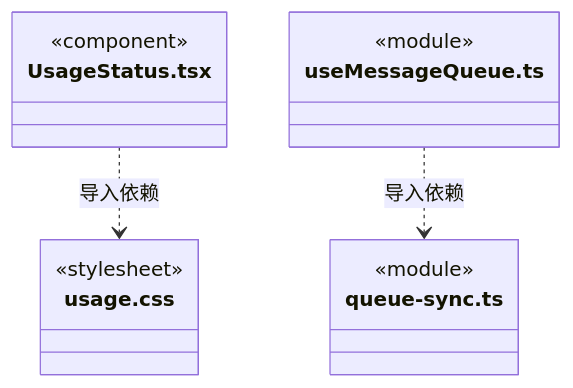
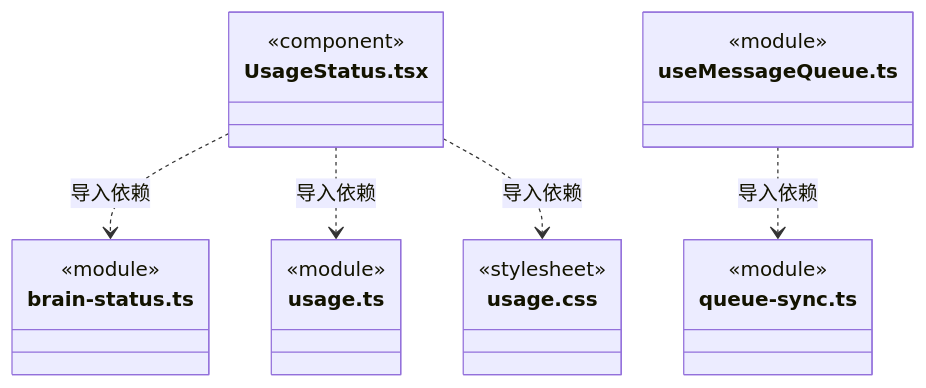
Diagram 51 of 53 in src/view/conversation/ARCHITECTURE.md (nan023062/cbim), drawn with Mermaid before and after one commit. The commit also changed other lines of this file and 37 other files, not shown here.

````diff
--- a/src/view/conversation/ARCHITECTURE.md
+++ b/src/view/conversation/ARCHITECTURE.md
@@ -796,17 +828,25 @@
 ```mermaid
 classDiagram
 class N_src_view_conversation_UsageStatus_tsx["UsageStatus.tsx"] {
   <<component>>
+}
+class N_src_view_conversation_brain_status_ts["brain-status.ts"] {
+  <<module>>
+}
+class N_src_view_conversation_usage_ts["usage.ts"] {
+  <<module>>
 }
 class N_src_view_conversation_usage_css["usage.css"] {
   <<stylesheet>>
 }
 class N_src_view_conversation_useMessageQueue_ts["useMessageQueue.ts"] {
   <<module>>
 }
 class N_src_view_conversation_queue_sync_ts["queue-sync.ts"] {
   <<module>>
 }
+N_src_view_conversation_UsageStatus_tsx ..> N_src_view_conversation_brain_status_ts : 导入依赖
+N_src_view_conversation_UsageStatus_tsx ..> N_src_view_conversation_usage_ts : 导入依赖
 N_src_view_conversation_UsageStatus_tsx ..> N_src_view_conversation_usage_css : 导入依赖
 N_src_view_conversation_useMessageQueue_ts ..> N_src_view_conversation_queue_sync_ts : 导入依赖
 ```
````
